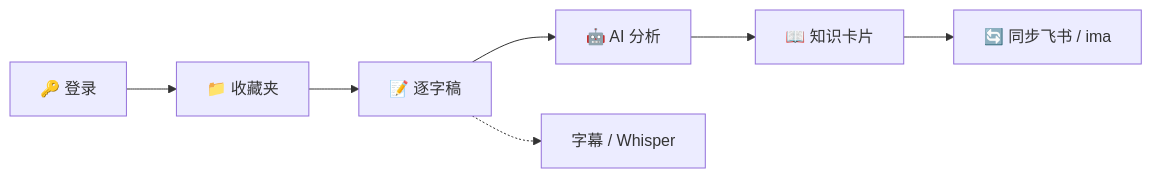
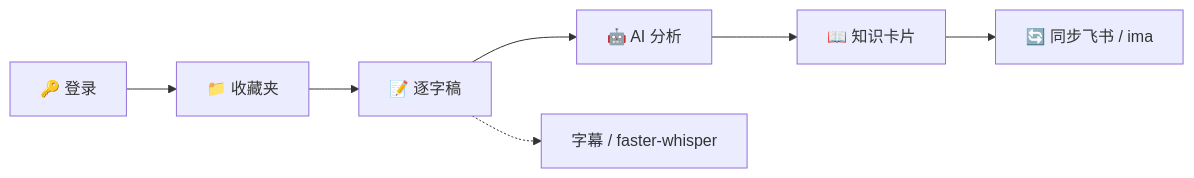
The first of 2 diagrams in README.md (YAHU2024/Unarchive), drawn with Mermaid before and after one commit. The commit also changed other lines of this file and 5 other files, not shown here.

````diff
--- a/README.md
+++ b/README.md
@@ -49,9 +49,9 @@
 ```mermaid
 graph LR
     A["🔑 登录"] --> B["📁 收藏夹"]
     B --> C["📝 逐字稿"]
     C --> D["🤖 AI 分析"]
     D --> E["📖 知识卡片"]
     E --> F["🔄 同步飞书 / ima"]
-    C -.-> C1["字幕 / Whisper"]
+    C -.-> C1["字幕 / faster-whisper"]
 ```
````
